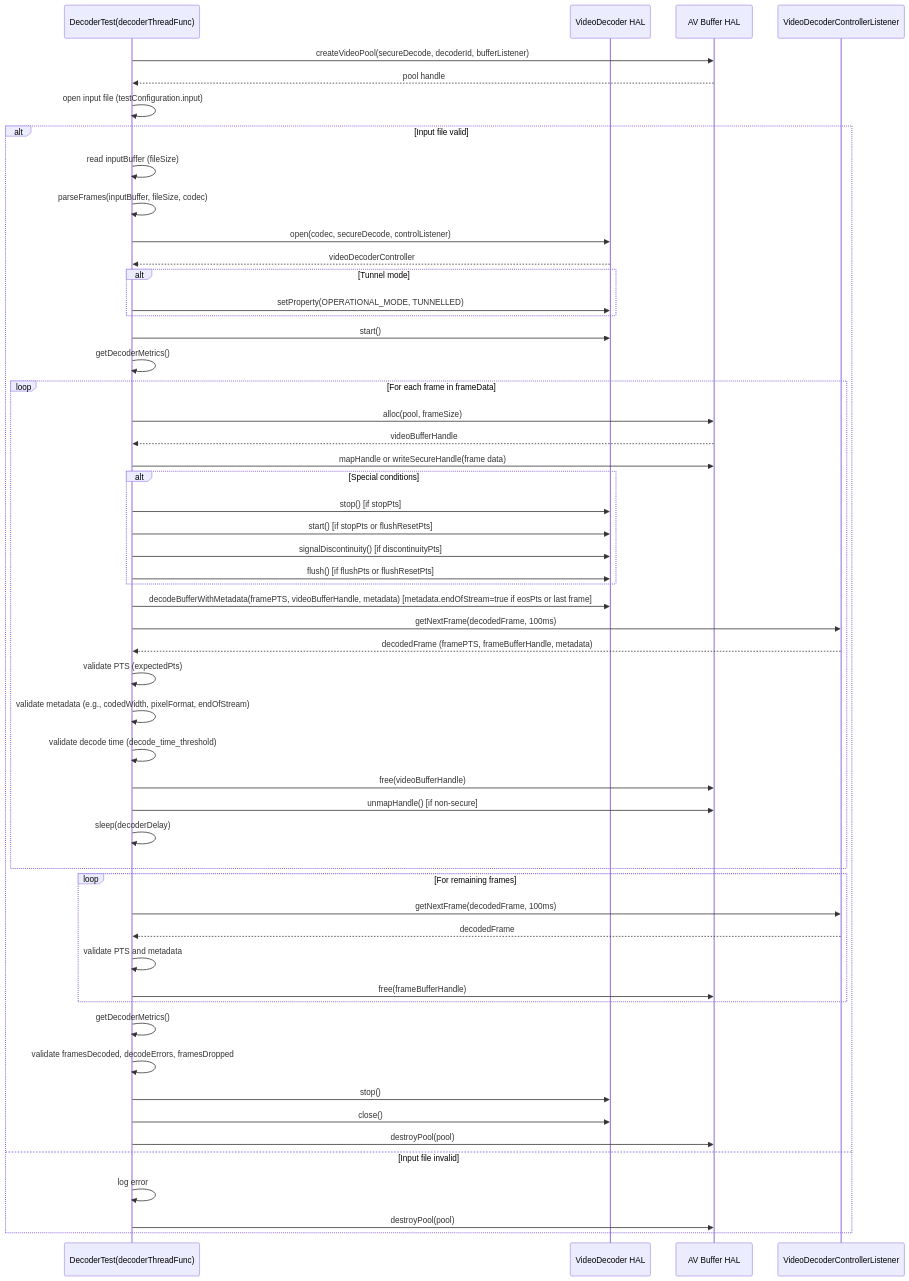
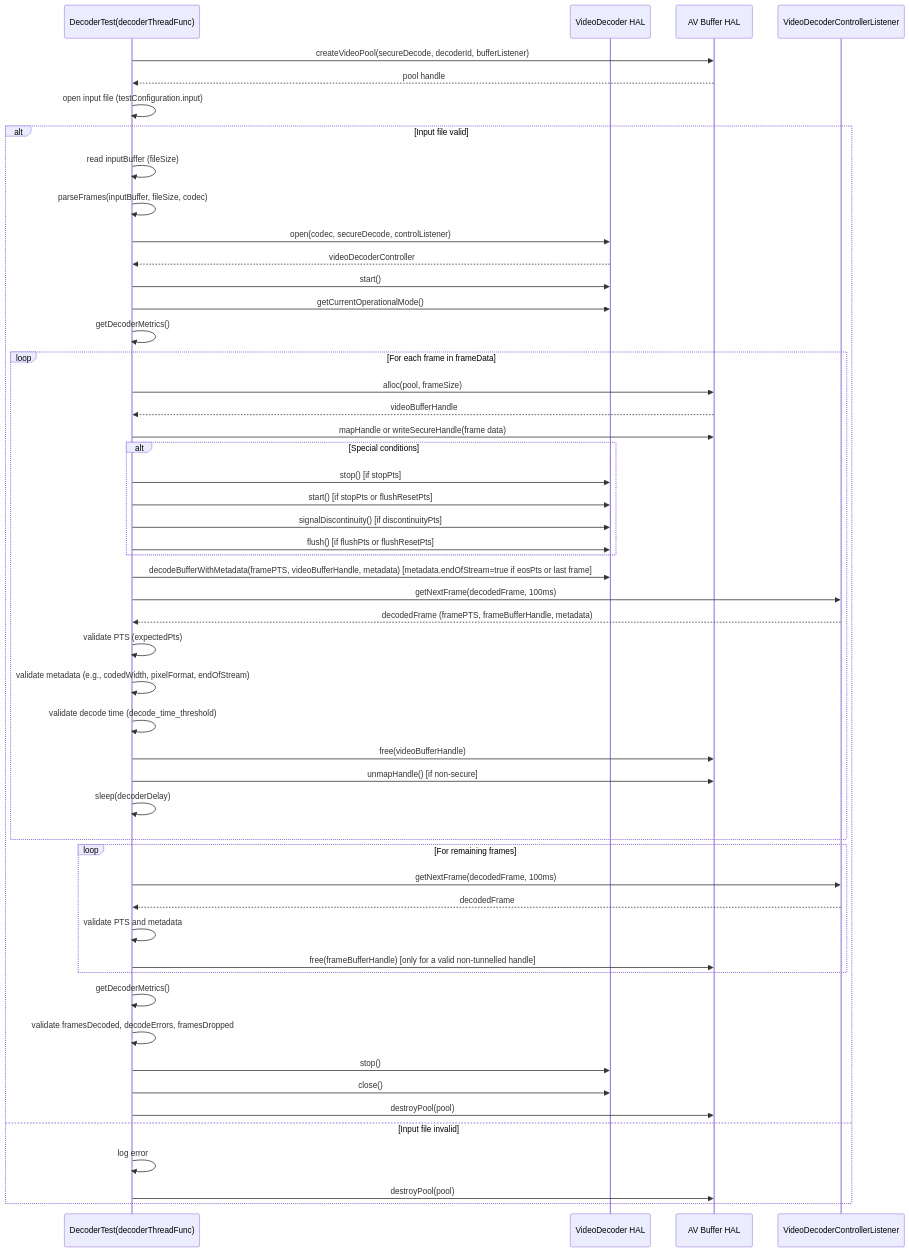
One commit to rdkcentral/rdk-halif-aidl-test-videodecoder changed the sixth of 10 diagrams in docs/pages/VideoDecoder_L3_Low-level_TestSpecification.md. Above: the diagram before and after it, drawn with Mermaid. The commit also changed other lines of this file and 14 other files, not shown here.

````diff
--- a/docs/pages/VideoDecoder_L3_Low-level_TestSpecification.md
+++ b/docs/pages/VideoDecoder_L3_Low-level_TestSpecification.md
@@ -392,57 +412,55 @@
 ```mermaid
 
 sequenceDiagram
   participant rundecoder as DecoderTest(decoderThreadFunc)
   participant VideoDecoder_HAL as VideoDecoder HAL
   participant AVBuffer_HAL as AV Buffer HAL
   participant ControllerListener as VideoDecoderControllerListener
 
   rundecoder->>AVBuffer_HAL: createVideoPool(secureDecode, decoderId, bufferListener)
   AVBuffer_HAL-->>rundecoder: pool handle
   rundecoder->>rundecoder: open input file (testConfiguration.input)
   alt Input file valid
     rundecoder->>rundecoder: read inputBuffer (fileSize)
     rundecoder->>rundecoder: parseFrames(inputBuffer, fileSize, codec)
     rundecoder->>VideoDecoder_HAL: open(codec, secureDecode, controlListener)
     VideoDecoder_HAL-->>rundecoder: videoDecoderController
-    alt Tunnel mode
-      rundecoder->>VideoDecoder_HAL: setProperty(OPERATIONAL_MODE, TUNNELLED)
-    end
     rundecoder->>VideoDecoder_HAL: start()
+    rundecoder->>VideoDecoder_HAL: getCurrentOperationalMode()
     rundecoder->>rundecoder: getDecoderMetrics()
     loop For each frame in frameData
       rundecoder->>AVBuffer_HAL: alloc(pool, frameSize)
       AVBuffer_HAL-->>rundecoder: videoBufferHandle
       rundecoder->>AVBuffer_HAL: mapHandle or writeSecureHandle(frame data)
       alt Special conditions
         rundecoder->>VideoDecoder_HAL: stop() [if stopPts]
         rundecoder->>VideoDecoder_HAL: start() [if stopPts or flushResetPts]
         rundecoder->>VideoDecoder_HAL: signalDiscontinuity() [if discontinuityPts]
         rundecoder->>VideoDecoder_HAL: flush() [if flushPts or flushResetPts]
       end
       rundecoder->>VideoDecoder_HAL: decodeBufferWithMetadata(framePTS, videoBufferHandle, metadata) [metadata.endOfStream=true if eosPts or last frame]
       rundecoder->>ControllerListener: getNextFrame(decodedFrame, 100ms)
       ControllerListener-->>rundecoder: decodedFrame (framePTS, frameBufferHandle, metadata)
       rundecoder->>rundecoder: validate PTS (expectedPts)
       rundecoder->>rundecoder: validate metadata (e.g., codedWidth, pixelFormat, endOfStream)
       rundecoder->>rundecoder: validate decode time (decode_time_threshold)
       rundecoder->>AVBuffer_HAL: free(videoBufferHandle)
       rundecoder->>AVBuffer_HAL: unmapHandle() [if non-secure]
       rundecoder->>rundecoder: sleep(decoderDelay)
     end
     loop For remaining frames
       rundecoder->>ControllerListener: getNextFrame(decodedFrame, 100ms)
       ControllerListener-->>rundecoder: decodedFrame
       rundecoder->>rundecoder: validate PTS and metadata
-      rundecoder->>AVBuffer_HAL: free(frameBufferHandle)
+      rundecoder->>AVBuffer_HAL: free(frameBufferHandle) [only for a valid non-tunnelled handle]
     end
     rundecoder->>rundecoder: getDecoderMetrics()
     rundecoder->>rundecoder: validate framesDecoded, decodeErrors, framesDropped
     rundecoder->>VideoDecoder_HAL: stop()
     rundecoder->>VideoDecoder_HAL: close()
     rundecoder->>AVBuffer_HAL: destroyPool(pool)
   else Input file invalid
     rundecoder->>rundecoder: log error
     rundecoder->>AVBuffer_HAL: destroyPool(pool)
   end
 ```
````
